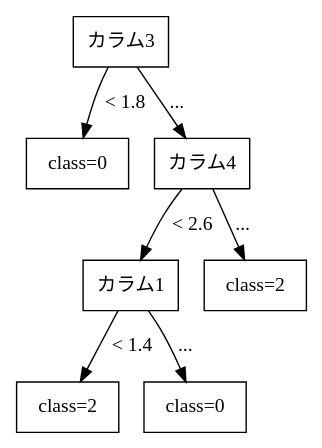
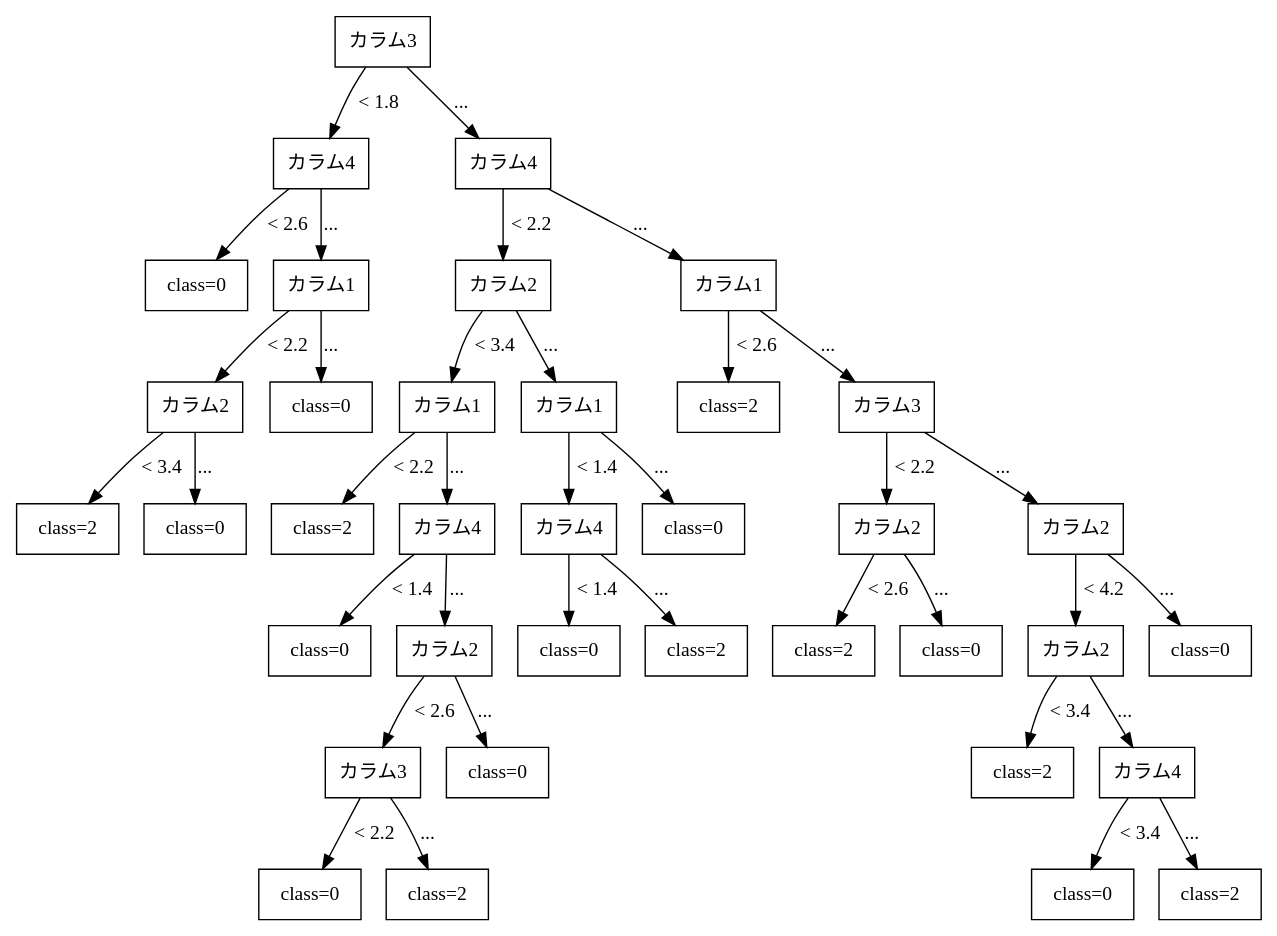
Before and after one commit to TakuyaMitarai/NSSESAT_Visualizer: the diagram in NSSESAT_backend/new_tree.dot, drawn with Graphviz. The commit also changed 6 other files, not shown here.

```diff
--- a/NSSESAT_backend/new_tree.dot
+++ b/NSSESAT_backend/new_tree.dot
@@ -1,24 +1,92 @@
 digraph G {
 node [shape=box];
 
 0 [label="カラム3"];
 
-1 [label="class=0"];
-2 [label="カラム4"];
+1 [label="カラム4"];
+8 [label="カラム4"];
 
 0 -> 1 [label="< 1.8"];
-0 -> 2 [label="..."];
+0 -> 8 [label="..."];
 
+2 [label="class=0"];
 3 [label="カラム1"];
-6 [label="class=2"];
+9 [label="カラム2"];
+24 [label="カラム1"];
 
-2 -> 3 [label="< 2.6"];
-2 -> 6 [label="..."];
+1 -> 2 [label="< 2.6"];
+1 -> 3 [label="..."];
+8 -> 9 [label="< 2.2"];
+8 -> 24 [label="..."];
 
-4 [label="class=2"];
-5 [label="class=0"];
+4 [label="カラム2"];
+7 [label="class=0"];
+10 [label="カラム1"];
+19 [label="カラム1"];
+25 [label="class=2"];
+26 [label="カラム3"];
 
-3 -> 4 [label="< 1.4"];
-3 -> 5 [label="..."];
+3 -> 4 [label="< 2.2"];
+3 -> 7 [label="..."];
+9 -> 10 [label="< 3.4"];
+9 -> 19 [label="..."];
+24 -> 25 [label="< 2.6"];
+24 -> 26 [label="..."];
+
+5 [label="class=2"];
+6 [label="class=0"];
+11 [label="class=2"];
+12 [label="カラム4"];
+20 [label="カラム4"];
+23 [label="class=0"];
+27 [label="カラム2"];
+30 [label="カラム2"];
+
+4 -> 5 [label="< 3.4"];
+4 -> 6 [label="..."];
+10 -> 11 [label="< 2.2"];
+10 -> 12 [label="..."];
+19 -> 20 [label="< 1.4"];
+19 -> 23 [label="..."];
+26 -> 27 [label="< 2.2"];
+26 -> 30 [label="..."];
+
+13 [label="class=0"];
+14 [label="カラム2"];
+21 [label="class=0"];
+22 [label="class=2"];
+28 [label="class=2"];
+29 [label="class=0"];
+31 [label="カラム2"];
+36 [label="class=0"];
+
+12 -> 13 [label="< 1.4"];
+12 -> 14 [label="..."];
+20 -> 21 [label="< 1.4"];
+20 -> 22 [label="..."];
+27 -> 28 [label="< 2.6"];
+27 -> 29 [label="..."];
+30 -> 31 [label="< 4.2"];
+30 -> 36 [label="..."];
+
+15 [label="カラム3"];
+18 [label="class=0"];
+32 [label="class=2"];
+33 [label="カラム4"];
+
+14 -> 15 [label="< 2.6"];
+14 -> 18 [label="..."];
+31 -> 32 [label="< 3.4"];
+31 -> 33 [label="..."];
+
+16 [label="class=0"];
+17 [label="class=2"];
+34 [label="class=0"];
+35 [label="class=2"];
+
+15 -> 16 [label="< 2.2"];
+15 -> 17 [label="..."];
+33 -> 34 [label="< 3.4"];
+33 -> 35 [label="..."];
 
 }
```
